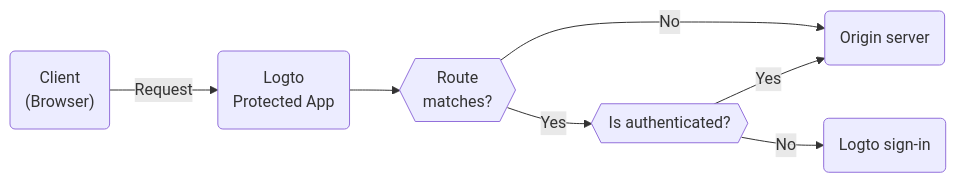
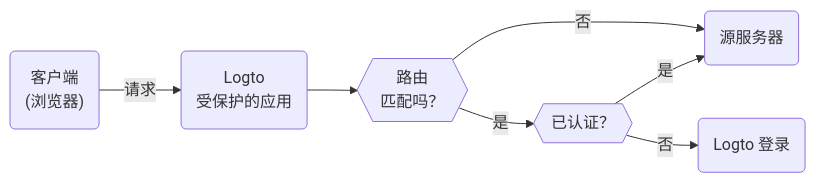
Before and after one commit to logto-io/docs: the diagram in i18n/zh-CN/docusaurus-plugin-content-docs/current/integrate-logto/protected-app.mdx, drawn with Mermaid. The commit also changed other lines of this file and 449 other files, not shown here.

````diff
--- a/i18n/zh-CN/docusaurus-plugin-content-docs/current/integrate-logto/protected-app.mdx
+++ b/i18n/zh-CN/docusaurus-plugin-content-docs/current/integrate-logto/protected-app.mdx
@@ -17,9 +17,9 @@
 ```mermaid
 graph LR
-  A("Client<br/>(Browser)") -->|Request| B(Logto<br/>Protected App)
-  B --> Condition{{Route<br/>matches?}}
-  Condition -->|Yes| Matched{{Is authenticated?}}
-  Matched -->|Yes| C(Origin server)
-  Matched -->|No| D(Logto sign-in)
-  Condition -->|No| C
+  A("客户端<br/>(浏览器)") -->|请求| B(Logto<br/>受保护的应用)
+  B --> Condition{{路由<br/>匹配吗？}}
+  Condition -->|是| Matched{{已认证？}}
+  Matched -->|是| C(源服务器)
+  Matched -->|否| D(Logto 登录)
+  Condition -->|否| C
 ```
````
